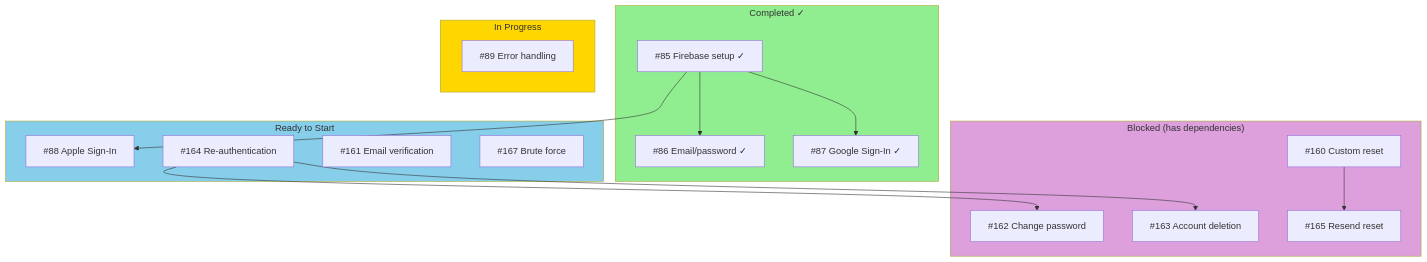
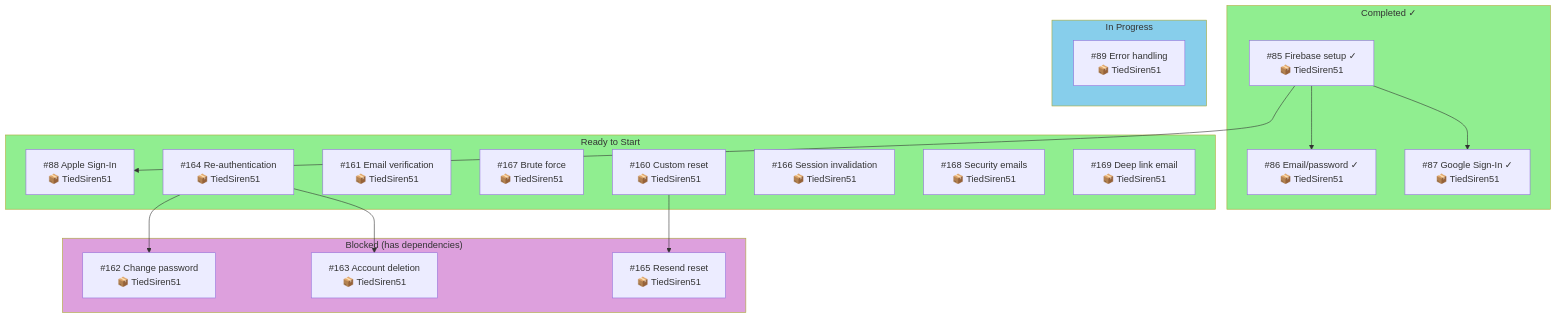
One commit to amehmeto/TiedSiren51 changed the fifth of 6 diagrams in docs/dependency-graph.md. Above: the diagram before and after it, drawn with Mermaid. The commit also changed other lines of this file, not shown here.

First line of the commit message:
docs: update dependency graph with repository info and progress

````diff
--- a/docs/dependency-graph.md
+++ b/docs/dependency-graph.md
@@ -170,39 +165,42 @@
 ```mermaid
 flowchart TD
     subgraph DONE["Completed ✓"]
-        I85["#85 Firebase setup ✓"]
-        I86["#86 Email/password ✓"]
-        I87["#87 Google Sign-In ✓"]
+        I85["#85 Firebase setup ✓<br/>📦 TiedSiren51"]
+        I86["#86 Email/password ✓<br/>📦 TiedSiren51"]
+        I87["#87 Google Sign-In ✓<br/>📦 TiedSiren51"]
     end
 
     subgraph INPROG["In Progress"]
-        I89["#89 Error handling"]
+        I89["#89 Error handling<br/>📦 TiedSiren51"]
     end
 
     subgraph TODO["Ready to Start"]
-        I88["#88 Apple Sign-In"]
-        I164["#164 Re-authentication"]
-        I161["#161 Email verification"]
-        I167["#167 Brute force"]
+        I88["#88 Apple Sign-In<br/>📦 TiedSiren51"]
+        I164["#164 Re-authentication<br/>📦 TiedSiren51"]
+        I161["#161 Email verification<br/>📦 TiedSiren51"]
+        I167["#167 Brute force<br/>📦 TiedSiren51"]
+        I160["#160 Custom reset<br/>📦 TiedSiren51"]
+        I166["#166 Session invalidation<br/>📦 TiedSiren51"]
+        I168["#168 Security emails<br/>📦 TiedSiren51"]
+        I169["#169 Deep link email<br/>📦 TiedSiren51"]
     end
 
     subgraph DEPENDS["Blocked (has dependencies)"]
-        I162["#162 Change password"]
-        I163["#163 Account deletion"]
-        I160["#160 Custom reset"]
-        I165["#165 Resend reset"]
+        I162["#162 Change password<br/>📦 TiedSiren51"]
+        I163["#163 Account deletion<br/>📦 TiedSiren51"]
+        I165["#165 Resend reset<br/>📦 TiedSiren51"]
     end
 
     I85 --> I86
     I85 --> I87
     I85 --> I88
 
     I164 --> I162
     I164 --> I163
     I160 --> I165
 
     style DONE fill:#90EE90
-    style INPROG fill:#FFD700
-    style TODO fill:#87CEEB
+    style INPROG fill:#87CEEB
+    style TODO fill:#90EE90
     style DEPENDS fill:#DDA0DD
 ```
````
